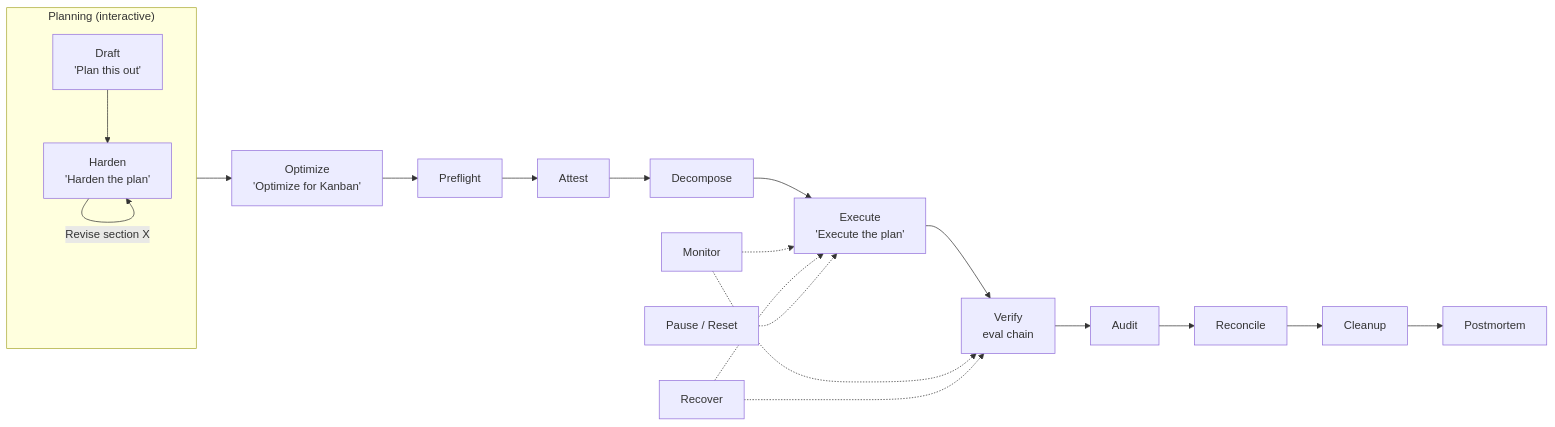
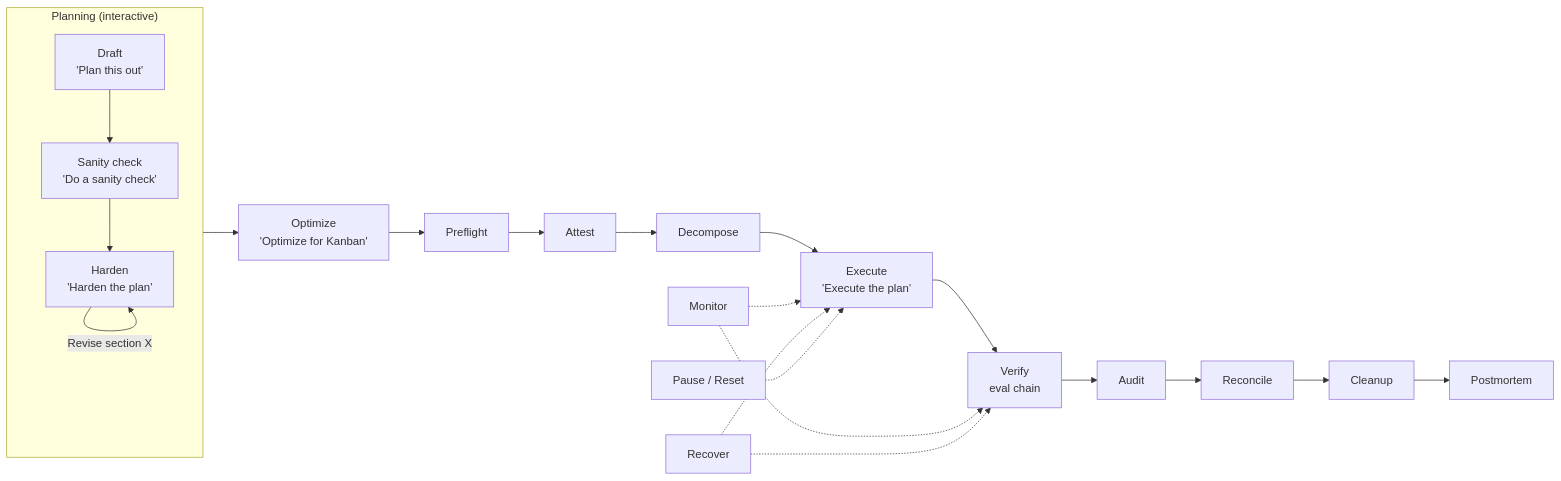
Before and after one commit to thebizfixer/hermes-kanban-advanced-workflow: the diagram in README.md, drawn with Mermaid. The commit also changed other lines of this file and 4 other files, not shown here.

First line of the commit message:
fix: namespace + 5-stage planning model (Draft → Sanity check → Harden)

````diff
--- a/README.md
+++ b/README.md
@@ -49,27 +49,28 @@
 ```mermaid
 flowchart LR
     subgraph PLAN["Planning (interactive)"]
-        DRAFT["Draft<br/>'Plan this out'"] --> HARDEN["Harden<br/>'Harden the plan'"]
+        DRAFT["Draft<br/>'Plan this out'"] --> SANITY["Sanity check<br/>'Do a sanity check'"]
+        SANITY --> HARDEN["Harden<br/>'Harden the plan'"]
         HARDEN -->|"Revise section X"| HARDEN
     end
 
     PLAN --> OPT["Optimize<br/>'Optimize for Kanban'"]
 
     OPT --> PRE["Preflight"]
     PRE --> ATT["Attest"]
     ATT --> DEC["Decompose"]
 
     DEC --> EXE["Execute<br/>'Execute the plan'"]
     EXE --> VER["Verify<br/>eval chain"]
 
     VER --> AUD["Audit"]
     AUD --> REC["Reconcile"]
     REC --> CLN["Cleanup"]
     CLN --> PM["Postmortem"]
 
     MON["Monitor"] -.-> EXE
     MON -.-> VER
     RCV["Recover"] -.-> EXE
     RCV -.-> VER
     PAUSE["Pause / Reset"] -.-> EXE
 ```
````
